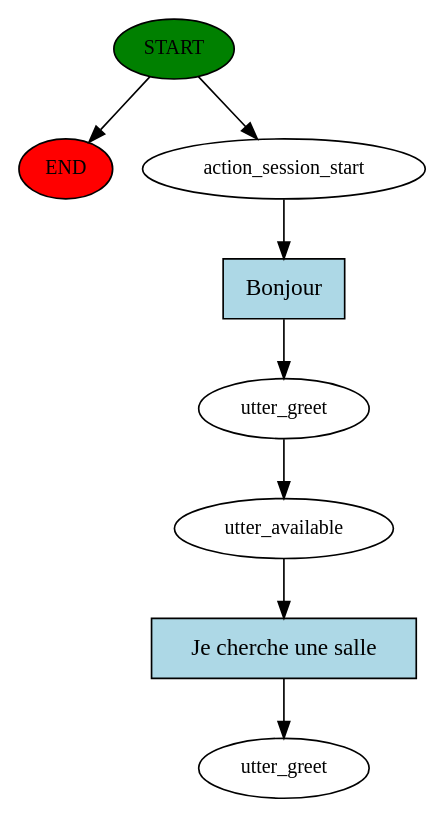
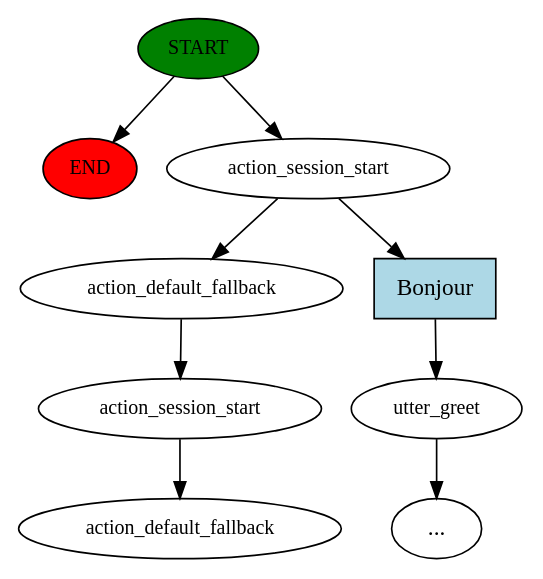
The diagram in story_graph.dot (AdelChabli/RasaProject), drawn with Graphviz before and after one commit. The commit also changed 22 other files, not shown here.

```diff
--- a/story_graph.dot
+++ b/story_graph.dot
@@ -1,17 +1,19 @@
 digraph  {
 0 [class="start active", fillcolor=green, fontsize=12, label=START, style=filled];
 "-1" [class=end, fillcolor=red, fontsize=12, label=END, style=filled];
 1 [class=active, fontsize=12, label=action_session_start];
-2 [class=active, fontsize=12, label=utter_greet];
-3 [class=active, fontsize=12, label=utter_available];
-4 [class="dashed active", fontsize=12, label=utter_greet];
-5 [class="intent active", fillcolor=lightblue, label=Bonjour, shape=rect, style=filled];
-6 [class="intent active", fillcolor=lightblue, label="Je cherche une salle", shape=rect, style=filled];
+2 [class="", fontsize=12, label=utter_greet];
+"-3" [class=ellipsis, label="..."];
+4 [class=active, fontsize=12, label=action_default_fallback];
+5 [class=active, fontsize=12, label=action_session_start];
+6 [class="dashed active", fontsize=12, label=action_default_fallback];
+7 [class=intent, fillcolor=lightblue, label=Bonjour, shape=rect, style=filled];
 0 -> "-1"  [class="", key=NONE, label=""];
 0 -> 1  [class=active, key=NONE, label=""];
-1 -> 5  [class=active, key=0];
-2 -> 3  [class=active, key=NONE, label=""];
-3 -> 6  [class=active, key=0];
-5 -> 2  [class=active, key=0];
-6 -> 4  [class=active, key=0];
+1 -> 4  [class=active, key=NONE, label=""];
+1 -> 7  [class="", key=0];
+2 -> "-3"  [class="", key=NONE, label=""];
+4 -> 5  [class=active, key=NONE, label=""];
+5 -> 6  [class=active, key=NONE, label=""];
+7 -> 2  [class="", key=0];
 }
```
